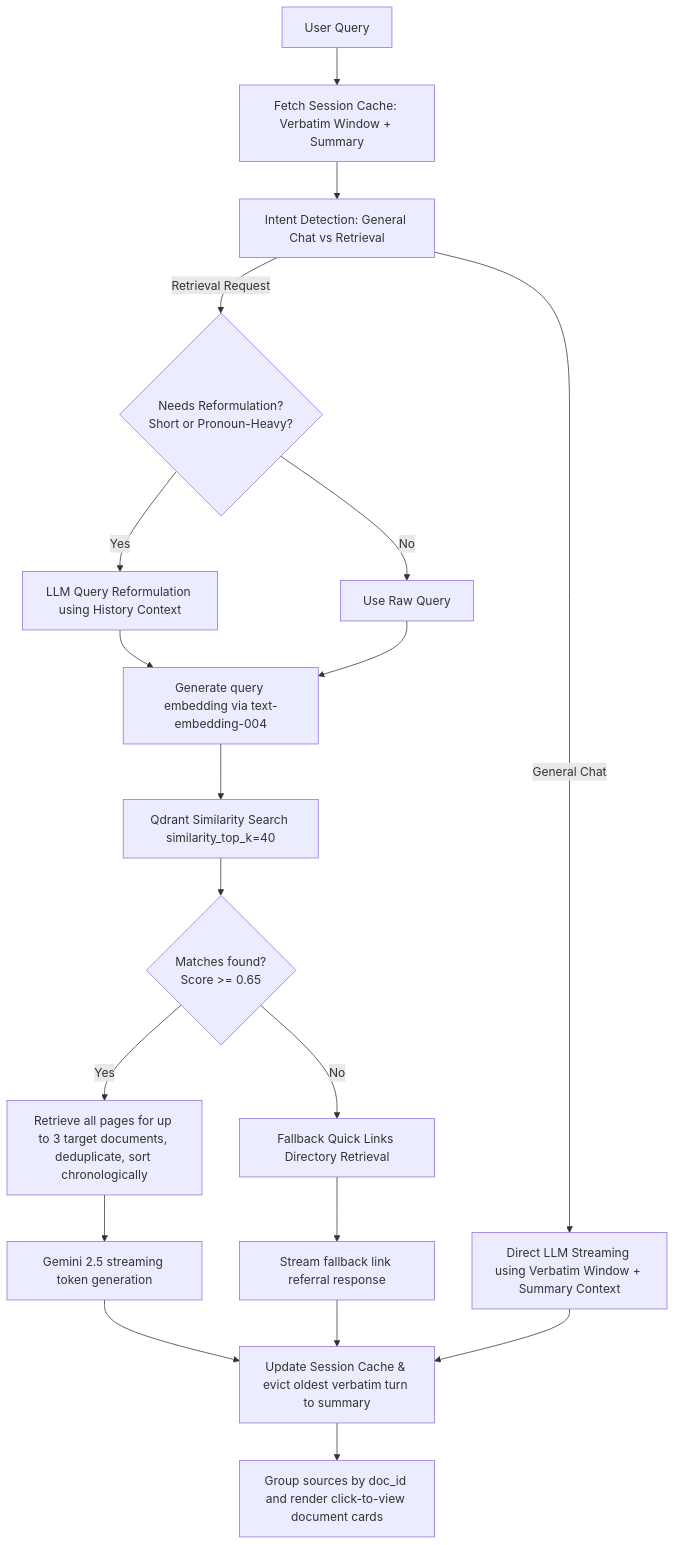
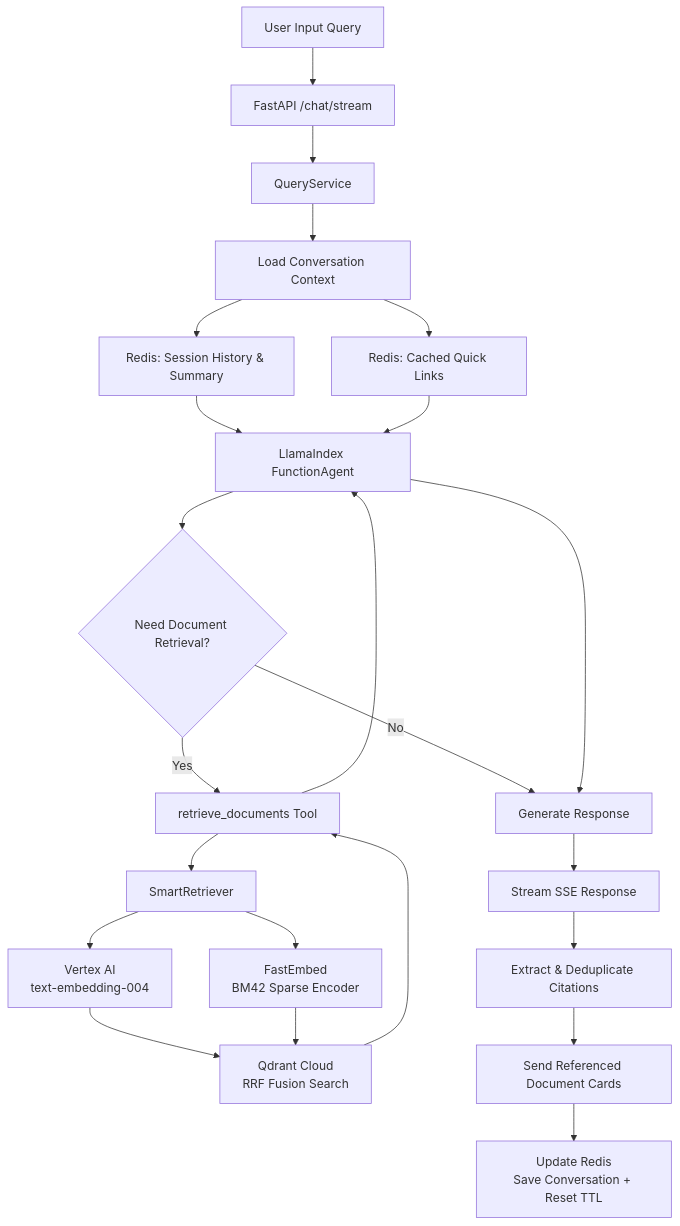
The first of 2 diagrams in README.md (piyushkeshri8912/GN-Saarthi), drawn with Mermaid before and after one commit. The commit also changed other lines of this file and 4 other files, not shown here.

````diff
--- a/README.md
+++ b/README.md
@@ -55,28 +44,39 @@
 ```mermaid
 graph TD
-    A[User Query] --> B[Fetch Session Cache: Verbatim Window + Summary]
-    B --> C[Intent Detection: General Chat vs Retrieval]
-    
-    C -- General Chat --> D[Direct LLM Streaming using Verbatim Window + Summary Context]
-    C -- Retrieval Request --> E{Needs Reformulation? <br>Short or Pronoun-Heavy?}
-    
-    E -- Yes --> F[LLM Query Reformulation using History Context]
-    E -- No --> G[Use Raw Query]
-    
-    F --> H[Generate query embedding via text-embedding-004]
-    G --> H
-    
-    H --> I[Qdrant Similarity Search similarity_top_k=40]
-    I --> J{Matches found? <br>Score >= 0.65}
-    
-    J -- Yes --> K[Retrieve all pages for up to 3 target documents, deduplicate, sort chronologically]
-    J -- No --> L[Fallback Quick Links Directory Retrieval]
-    
-    K --> M[Gemini 2.5 streaming token generation]
-    L --> N[Stream fallback link referral response]
-    
-    M --> O[Update Session Cache & evict oldest verbatim turn to summary]
-    N --> O
-    D --> O
-    O --> P[Group sources by doc_id and render click-to-view document cards]
+    A[User Input Query] --> B[FastAPI /chat/stream]
+    B --> C[QueryService]
+
+    %% Context Preparation
+    C --> D[Load Conversation Context]
+    D --> D1[Redis: Session History & Summary]
+    D --> D2[Redis: Cached Quick Links]
+
+    D1 --> E[LlamaIndex FunctionAgent]
+    D2 --> E
+
+    %% Agent Decision
+    E --> F{Need Document Retrieval?}
+
+    %% Retrieval Pipeline
+    F -- Yes --> G[retrieve_documents Tool]
+    G --> H[SmartRetriever]
+
+    H --> I[Vertex AI<br/>text-embedding-004]
+    H --> J[FastEmbed<br/>BM42 Sparse Encoder]
+
+    I --> K[Qdrant Cloud<br/>RRF Fusion Search]
+    J --> K
+
+    K --> G
+    G --> E
+
+    %% Direct Response
+    F -- No --> L[Generate Response]
+    E --> L
+
+    %% Streaming Pipeline
+    L --> M[Stream SSE Response]
+    M --> N[Extract & Deduplicate Citations]
+    N --> O[Send Referenced Document Cards]
+    O --> P[Update Redis<br/>Save Conversation + Reset TTL]
 ```
````
